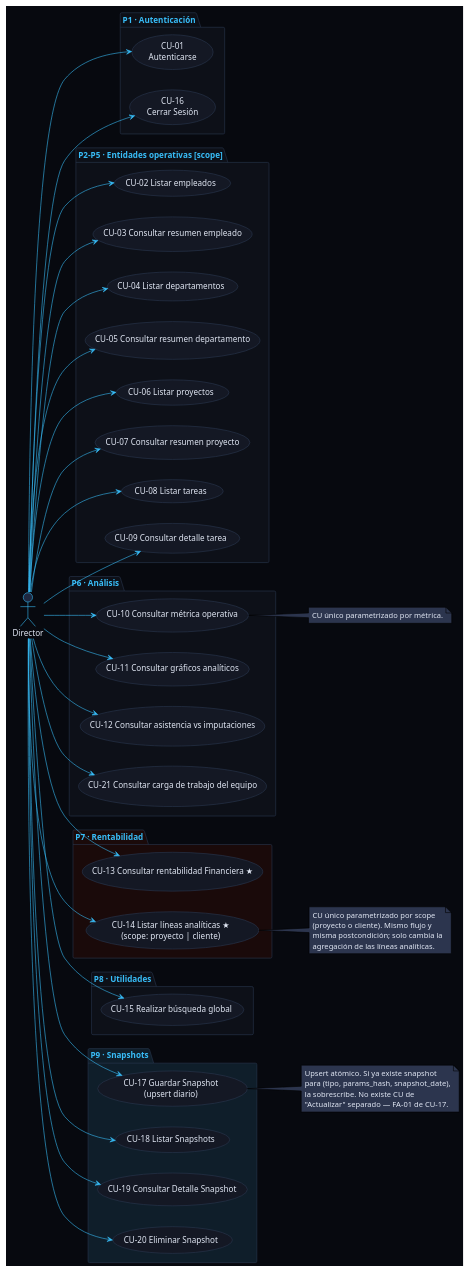
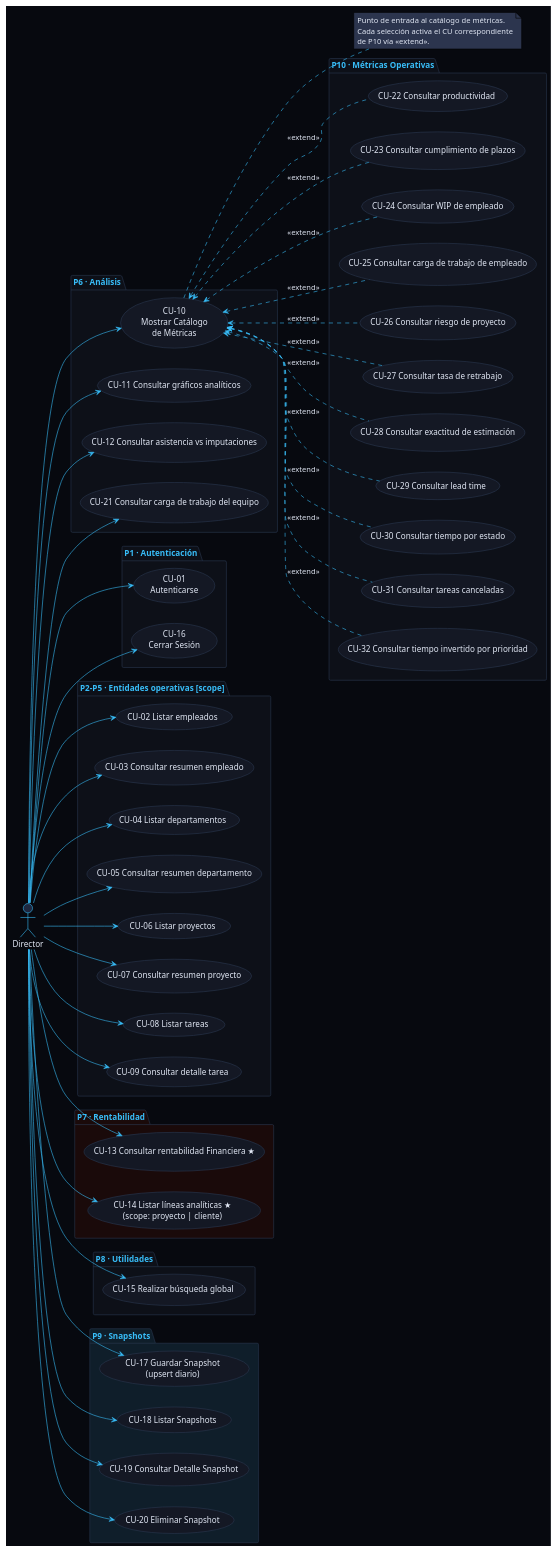
Before and after one commit to ceesargaarcia/GII-TFG-2026: the diagram in Estudiantes/cesar-garcia-eguiguren/Capítulo-2/diagramas/actorDirector.puml, drawn with PlantUML. The commit also changed 49 other files, not shown here.

```diff
--- a/Estudiantes/cesar-garcia-eguiguren/Capítulo-2/diagramas/actorDirector.puml
+++ b/Estudiantes/cesar-garcia-eguiguren/Capítulo-2/diagramas/actorDirector.puml
@@ -1,108 +1,128 @@
 @startuml ActorDirector
 !theme plain
 left to right direction
 
 skinparam backgroundColor #07090F
 skinparam defaultFontColor #E2E8F5
 skinparam ArrowColor #38BDF8
 skinparam NoteBackgroundColor #2c354e
 skinparam usecase {
   BackgroundColor #141824
   BorderColor #2A3850
   FontColor #E2E8F5
 }
 skinparam actor {
   BackgroundColor #1E2840
   BorderColor #38BDF8
   FontColor #E2E8F5
 }
 skinparam package {
   BackgroundColor #0D1018
   BorderColor #2A3850
   FontColor #38BDF8
   FontStyle bold
 }
 
 actor "Director" as D
 
 package "P1 · Autenticación" {
   usecase "CU-01\nAutenticarse" as CU01
   usecase "CU-16\nCerrar Sesión" as CU16
 }
 
 package "P2–P5 · Entidades operativas [scope]" {
   usecase "CU-02 Listar empleados" as CU02
   usecase "CU-03 Consultar resumen empleado" as CU03
   usecase "CU-04 Listar departamentos" as CU04
   usecase "CU-05 Consultar resumen departamento" as CU05
   usecase "CU-06 Listar proyectos" as CU06
   usecase "CU-07 Consultar resumen proyecto" as CU07
   usecase "CU-08 Listar tareas" as CU08
   usecase "CU-09 Consultar detalle tarea" as CU09
 }
 
 package "P6 · Análisis" {
-  usecase "CU-10 Consultar métrica operativa" as CU10
+  usecase "CU-10\nMostrar Catálogo\nde Métricas" as CU10
   usecase "CU-11 Consultar gráficos analíticos" as CU11
   usecase "CU-12 Consultar asistencia vs imputaciones" as CU12
   usecase "CU-21 Consultar carga de trabajo del equipo" as CU21
+}
+
+package "P10 · Métricas Operativas" {
+  usecase "CU-22 Consultar productividad" as CU22
+  usecase "CU-23 Consultar cumplimiento de plazos" as CU23
+  usecase "CU-24 Consultar WIP de empleado" as CU24
+  usecase "CU-25 Consultar carga de trabajo de empleado" as CU25
+  usecase "CU-26 Consultar riesgo de proyecto" as CU26
+  usecase "CU-27 Consultar tasa de retrabajo" as CU27
+  usecase "CU-28 Consultar exactitud de estimación" as CU28
+  usecase "CU-29 Consultar lead time" as CU29
+  usecase "CU-30 Consultar tiempo por estado" as CU30
+  usecase "CU-31 Consultar tareas canceladas" as CU31
+  usecase "CU-32 Consultar tiempo invertido por prioridad" as CU32
 }
 
 package "P7 · Rentabilidad" #1A0A0A {
   usecase "CU-13 Consultar rentabilidad Financiera ★" as CU13
   usecase "CU-14 Listar líneas analíticas ★\n(scope: proyecto | cliente)" as CU14
 }
 
 package "P8 · Utilidades" {
   usecase "CU-15 Realizar búsqueda global" as CU15
 }
 
 package "P9 · Snapshots" #0F1E2A {
   usecase "CU-17 Guardar Snapshot\n(upsert diario)" as CU17
   usecase "CU-18 Listar Snapshots" as CU18
   usecase "CU-19 Consultar Detalle Snapshot" as CU19
   usecase "CU-20 Eliminar Snapshot" as CU20
 }
 
+' ── Ancla de layout: fuerza P10 a la derecha de CU-10 ─────────
+CU10 -[hidden]right-> CU22
+
+' ── Relaciones <<extend>> P10 → CU-10 ─────────────────────────
+
+CU10 <.. CU22 : <<extend>>
+CU10 <.. CU23 : <<extend>>
+CU10 <.. CU24 : <<extend>>
+CU10 <.. CU25 : <<extend>>
+CU10 <.. CU26 : <<extend>>
+CU10 <.. CU27 : <<extend>> 
+CU10 <.. CU28 : <<extend>>
+CU10 <.. CU29 : <<extend>>
+CU10 <.. CU30 : <<extend>>
+CU10 <.. CU31 : <<extend>>
+CU10 <.. CU32 : <<extend>>
+
+' ── Conexiones del actor ───────────────────────────────────────
 D --> CU01
 D --> CU02
 D --> CU03
 D --> CU04
 D --> CU05
 D --> CU06
 D --> CU07
 D --> CU08
 D --> CU09
 D --> CU10
 D --> CU11
 D --> CU12
 D --> CU13
 D --> CU14
 D --> CU15
 D --> CU16
 D --> CU17
 D --> CU18
 D --> CU19
 D --> CU20
 D --> CU21
 
-
 note right of CU10
-  CU único parametrizado por métrica.
+  Punto de entrada al catálogo de métricas.
+  Cada selección activa el CU correspondiente
+  de P10 vía <<extend>>.
 end note
 
-note right of CU14
-  CU único parametrizado por scope
-  (proyecto o cliente). Mismo flujo y
-  misma postcondición; solo cambia la
-  agregación de las líneas analíticas.
-end note
-
-note right of CU17
-  Upsert atómico. Si ya existe snapshot
-  para (tipo, params_hash, snapshot_date),
-  la sobrescribe. No existe CU de
-  "Actualizar" separado — FA-01 de CU-17.
-end note
 
 @enduml
```
